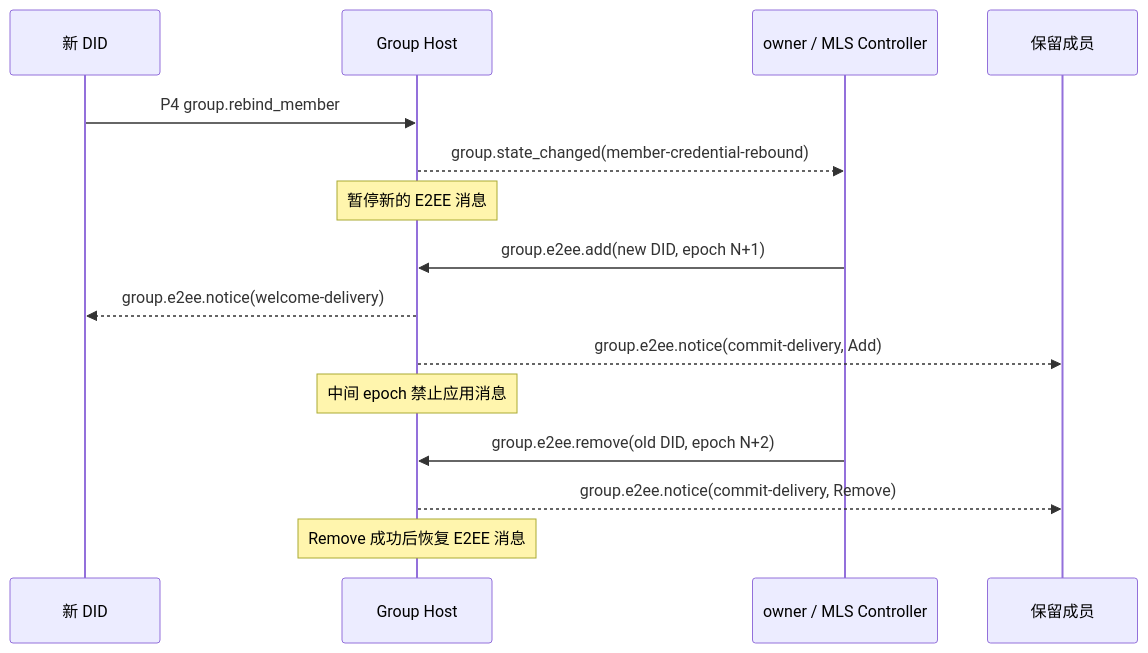
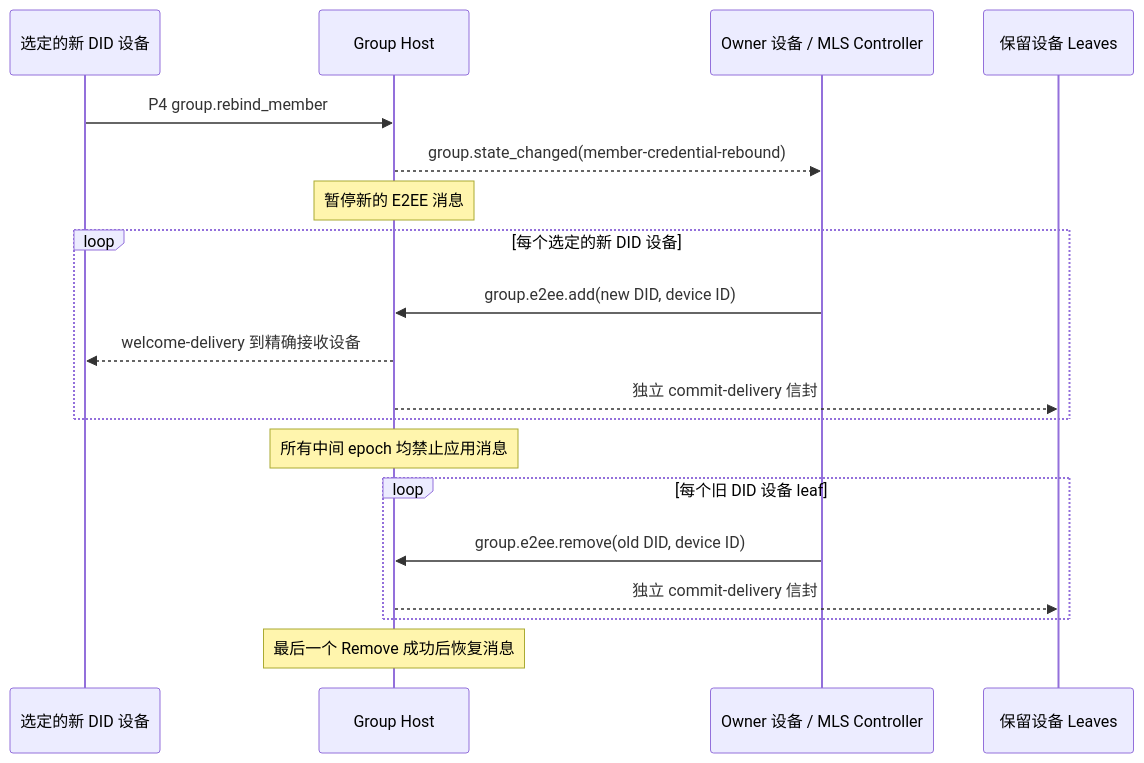
One commit to NeatNerdPrime/AgentNetworkProtocol changed the ninth of 9 diagrams in chinese/message/vnext/06-群组端到端加密.md. Above: the diagram before and after it, drawn with Mermaid. The commit also changed other lines of this file and 31 other files, not shown here.

````diff
--- a/chinese/message/vnext/06-群组端到端加密.md
+++ b/chinese/message/vnext/06-群组端到端加密.md
@@ -1584,18 +1678,22 @@
 ```mermaid
 sequenceDiagram
-    participant N as 新 DID
+    participant N as 选定的新 DID 设备
     participant H as Group Host
-    participant O as owner / MLS Controller
-    participant M as 保留成员
+    participant O as Owner 设备 / MLS Controller
+    participant M as 保留设备 Leaves
 
     N->>H: P4 group.rebind_member
     H-->>O: group.state_changed(member-credential-rebound)
     Note over H: 暂停新的 E2EE 消息
-    O->>H: group.e2ee.add(new DID, epoch N+1)
-    H-->>N: group.e2ee.notice(welcome-delivery)
-    H-->>M: group.e2ee.notice(commit-delivery, Add)
-    Note over H: 中间 epoch 禁止应用消息
-    O->>H: group.e2ee.remove(old DID, epoch N+2)
-    H-->>M: group.e2ee.notice(commit-delivery, Remove)
-    Note over H: Remove 成功后恢复 E2EE 消息
+    loop 每个选定的新 DID 设备
+        O->>H: group.e2ee.add(new DID, device ID)
+        H-->>N: welcome-delivery 到精确接收设备
+        H-->>M: 独立 commit-delivery 信封
+    end
+    Note over H: 所有中间 epoch 均禁止应用消息
+    loop 每个旧 DID 设备 leaf
+        O->>H: group.e2ee.remove(old DID, device ID)
+        H-->>M: 独立 commit-delivery 信封
+    end
+    Note over H: 最后一个 Remove 成功后恢复消息
 ```
````
